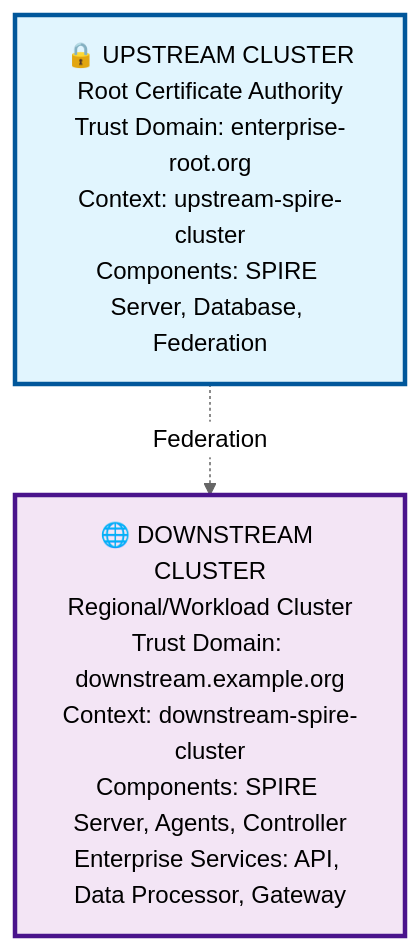
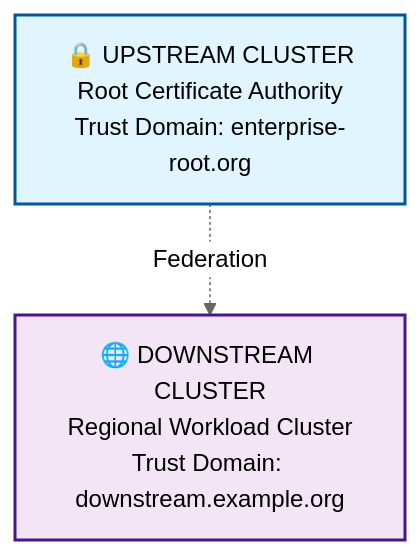
Before and after one commit to jfiser247/spire-dev: the first of 2 diagrams in README.md, drawn with Mermaid (neutral theme). The commit also changed other lines of this file, not shown here.

Commit message:
Fix Mermaid diagram parsing errors in README
- Wrap node labels in quotes to handle special characters
- Simplify text content to avoid parsing issues with slashes and complex formatting
- Remove problematic stroke-dasharray properties
- Reduce stroke-width values for better compatibility

Resolves GitHub 'Unable to render rich display' error caused by Mermaid syntax issues.

````diff
--- a/README.md
+++ b/README.md
@@ -111,10 +111,10 @@
 ```mermaid
 graph TD
-    A[🔒 UPSTREAM CLUSTER<br/>Root Certificate Authority<br/>Trust Domain: enterprise-root.org<br/>Context: upstream-spire-cluster<br/>Components: SPIRE Server, Database, Federation]
-    B[🌐 DOWNSTREAM CLUSTER<br/>Regional/Workload Cluster<br/>Trust Domain: downstream.example.org<br/>Context: downstream-spire-cluster<br/>Components: SPIRE Server, Agents, Controller<br/>Enterprise Services: API, Data Processor, Gateway]
+    A["🔒 UPSTREAM CLUSTER<br/>Root Certificate Authority<br/>Trust Domain: enterprise-root.org"]
+    B["🌐 DOWNSTREAM CLUSTER<br/>Regional Workload Cluster<br/>Trust Domain: downstream.example.org"]
     
     A -.->|Federation| B
     
-    style A fill:#e1f5fe,stroke:#01579b,stroke-width:3px,stroke-dasharray:0
-    style B fill:#f3e5f5,stroke:#4a148c,stroke-width:3px,stroke-dasharray:0
+    style A fill:#e1f5fe,stroke:#01579b,stroke-width:2px
+    style B fill:#f3e5f5,stroke:#4a148c,stroke-width:2px
 ```
````
